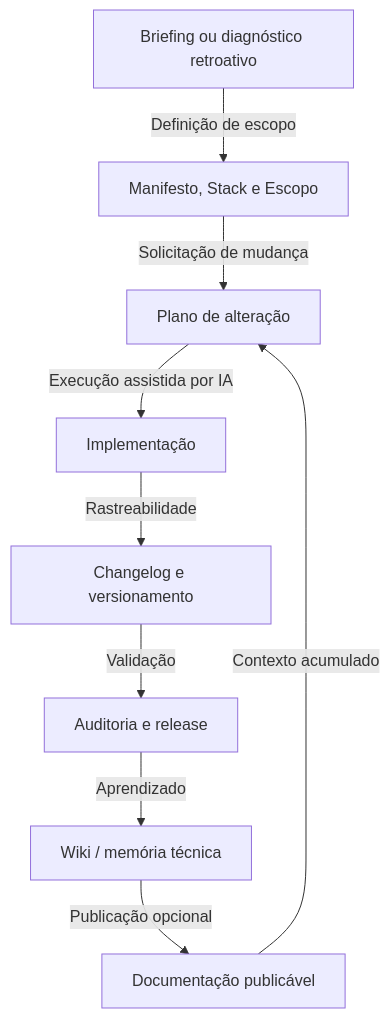
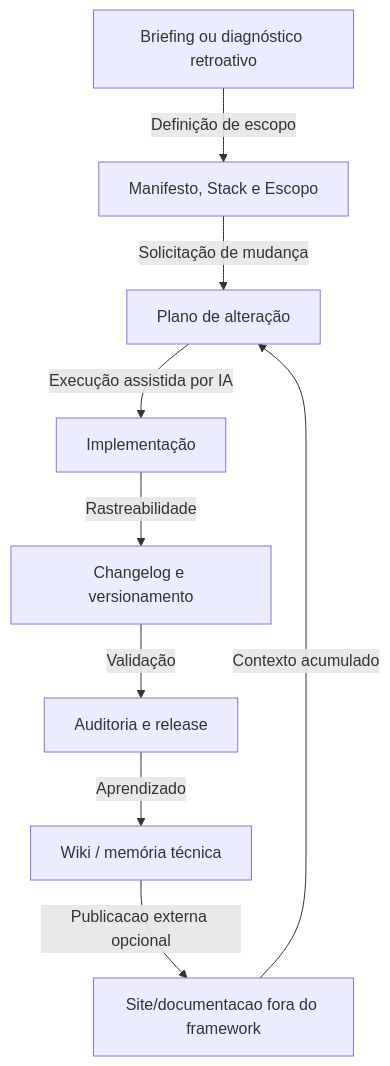
Before and after one commit to Sistema2D/FrameCode-VibeWork: the first of 2 diagrams in README.md, drawn with Mermaid. The commit also changed other lines of this file and 1 other file, not shown here.

````diff
--- a/README.md
+++ b/README.md
@@ -33,11 +35,11 @@
 ```mermaid
 graph TD
     A["Briefing ou diagnóstico retroativo"] -->|"Definição de escopo"| B["Manifesto, Stack e Escopo"]
     B -->|"Solicitação de mudança"| C["Plano de alteração"]
     C -->|"Execução assistida por IA"| D["Implementação"]
     D -->|"Rastreabilidade"| E["Changelog e versionamento"]
     E -->|"Validação"| F["Auditoria e release"]
     F -->|"Aprendizado"| G["Wiki / memória técnica"]
-    G -->|"Publicação opcional"| H["Documentação publicável"]
+    G -->|"Publicacao externa opcional"| H["Site/documentacao fora do framework"]
     H -->|"Contexto acumulado"| C
 ```
````
